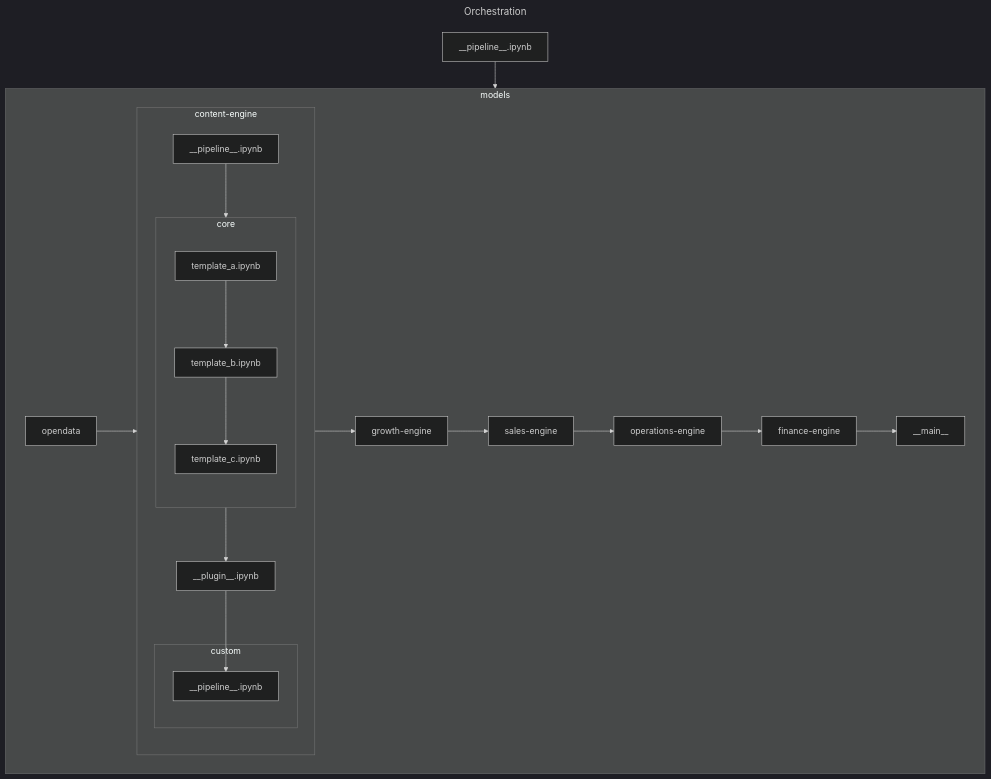
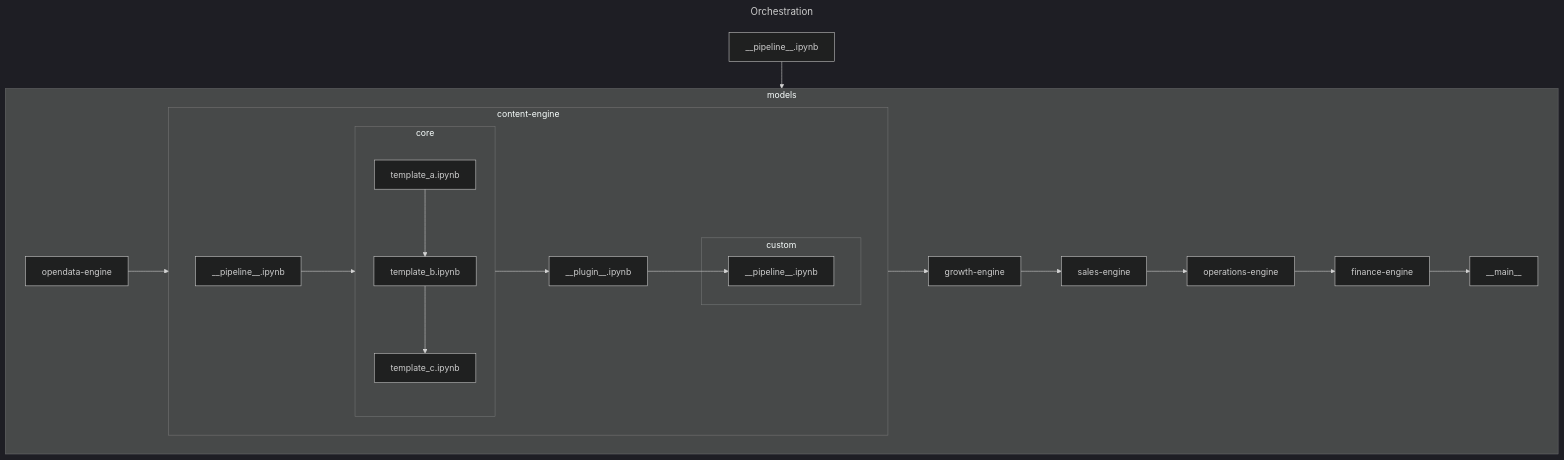
The second of 2 diagrams in README.md (jupyter-naas/abi), drawn with Mermaid (dark theme) before and after one commit. The commit also changed other lines of this file, not shown here.

````diff
--- a/README.md
+++ b/README.md
@@ -226,38 +226,38 @@
 ```mermaid
 ---
 title: Orchestration
 ---
 graph TB
 
 pipeline_main["__pipeline__.ipynb"]
 main["__main__"]
 
 subgraph engine["models"]
 	direction LR
-	opendata
+	opendata["opendata-engine"]
 	subgraph content["content-engine"]
-		direction TB
+		direction LR
 		pipeline_content["__pipeline__.ipynb"]
 		plugin_content["__plugin__.ipynb"]
 		subgraph core
 			template_a["template_a.ipynb"]
 			template_b["template_b.ipynb"]
 			template_c["template_c.ipynb"]
 			template_a-->template_b
 			template_b-->template_c
 		end
 		subgraph custom
 			pipeline_custom["__pipeline__.ipynb"]
 		end
 	end
 	growth["growth-engine"]
 	sales["sales-engine"]
 	ops["operations-engine"]
 	finance["finance-engine"]
 	main
 end
 
 pipeline_main-->engine
 pipeline_content-->core-->plugin_content-->pipeline_custom
 opendata-->content-->growth-->sales-->ops-->finance-->main
 ```
````
